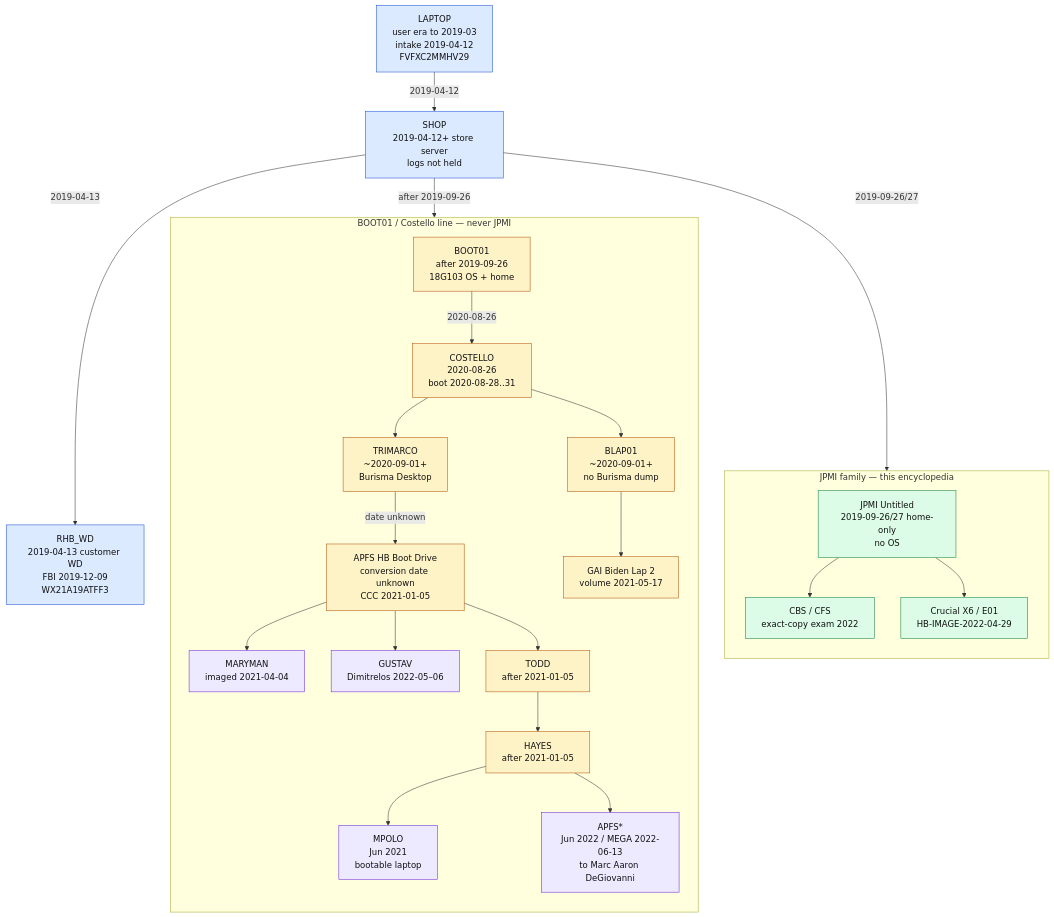
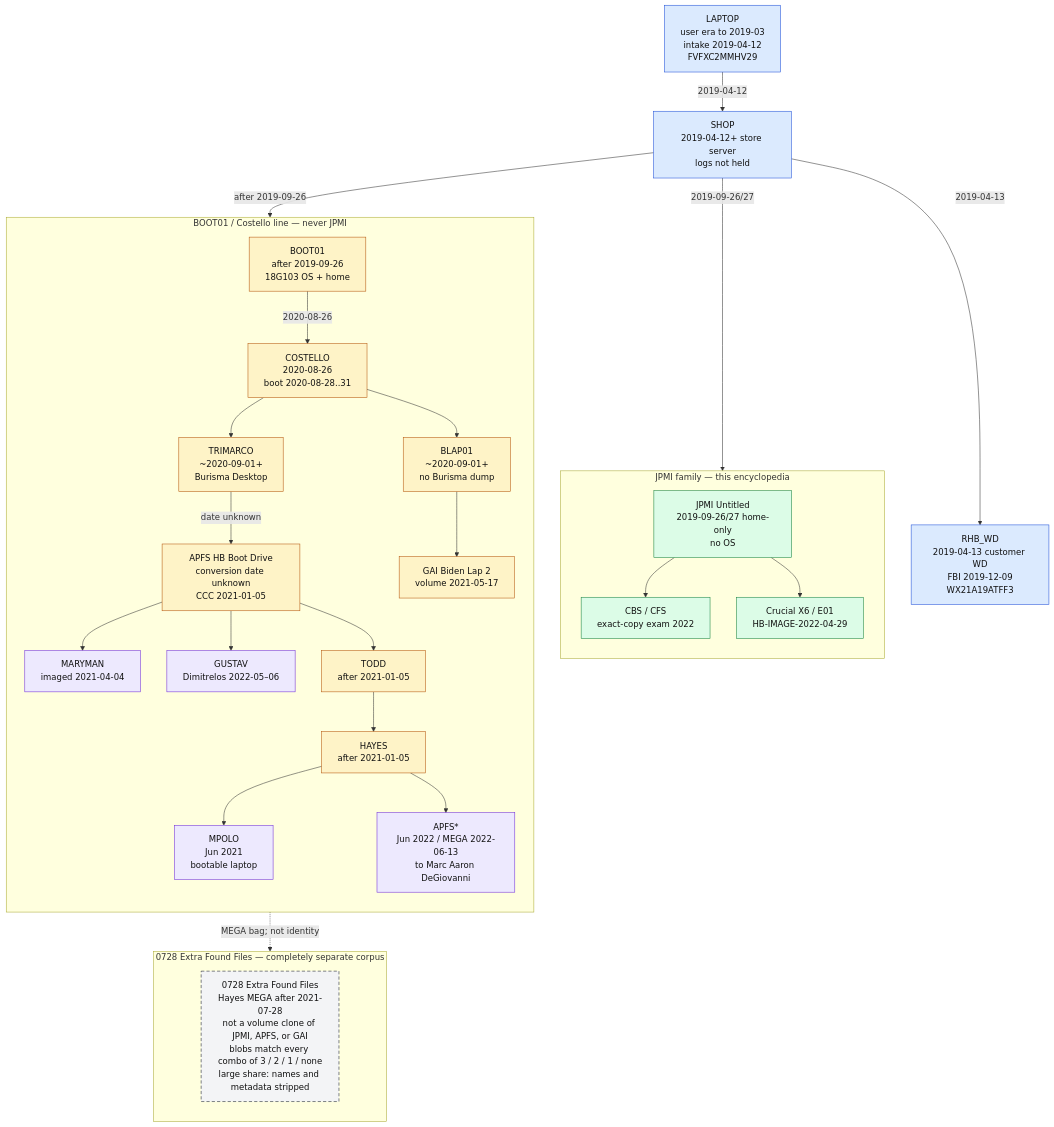
Before and after one commit to 459Crimes/HunterBidenLaptop_JPMI: the first of 2 diagrams in docs/BRANCH_DEVIATIONS.md, drawn with Mermaid. The commit also changed 8 other files, not shown here.

First line of the commit message:
Clarify documentation regarding the 0728 Extra Found Files corpus

````diff
--- a/docs/BRANCH_DEVIATIONS.md
+++ b/docs/BRANCH_DEVIATIONS.md
@@ -30,54 +30,62 @@
 ```mermaid
 %% Canonical named copy graph.
 %% JPMI is not an ancestor of COSTELLO, TRIMARCO, APFS, HAYES, MPOLO, or APFS*.
+%% 0728 is a separate corpus (Hayes MEGA bag), not a clone of JPMI, APFS, or GAI.
 flowchart TB
   classDef shop fill:#dbeafe,stroke:#1d4ed8,color:#111
   classDef jpmi fill:#dcfce7,stroke:#15803d,color:#111
   classDef boot fill:#fef3c7,stroke:#b45309,color:#111
   classDef exam fill:#ede9fe,stroke:#6d28d9,color:#111
+  classDef side fill:#f3f4f6,stroke:#111827,stroke-dasharray: 6 4,color:#111
 
   LAPTOP["LAPTOP<br/>user era to 2019-03<br/>intake 2019-04-12<br/>FVFXC2MMHV29"]:::shop
   SHOP["SHOP<br/>2019-04-12+ store server<br/>logs not held"]:::shop
   RHB_WD["RHB_WD<br/>2019-04-13 customer WD<br/>FBI 2019-12-09<br/>WX21A19ATFF3"]:::shop
 
   subgraph JP["JPMI family — this encyclopedia"]
     direction TB
     JPMI["JPMI Untitled<br/>2019-09-26/27 home-only<br/>no OS"]:::jpmi
     CBS["CBS / CFS<br/>exact-copy exam 2022"]:::jpmi
     X6["Crucial X6 / E01<br/>HB-IMAGE-2022-04-29"]:::jpmi
   end
 
   subgraph BOOT["BOOT01 / Costello line — never JPMI"]
     direction TB
     BOOT01["BOOT01<br/>after 2019-09-26<br/>18G103 OS + home"]:::boot
     COSTELLO["COSTELLO<br/>2020-08-26<br/>boot 2020-08-28..31"]:::boot
     TRIMARCO["TRIMARCO<br/>~2020-09-01+<br/>Burisma Desktop"]:::boot
     BLAP01["BLAP01<br/>~2020-09-01+<br/>no Burisma dump"]:::boot
     APFS["APFS HB Boot Drive<br/>conversion date unknown<br/>CCC 2021-01-05"]:::boot
     GAI["GAI Biden Lap 2<br/>volume 2021-05-17"]:::boot
     MARYMAN["MARYMAN<br/>imaged 2021-04-04"]:::exam
     GUSTAV["GUSTAV<br/>Dimitrelos 2022-05–06"]:::exam
     TODD["TODD<br/>after 2021-01-05"]:::boot
     HAYES["HAYES<br/>after 2021-01-05"]:::boot
     MPOLO["MPOLO<br/>Jun 2021<br/>bootable laptop"]:::exam
     APFSstar["APFS*<br/>Jun 2022 / MEGA 2022-06-13<br/>to Marc Aaron DeGiovanni"]:::exam
   end
 
+  subgraph SIDE["0728 Extra Found Files — completely separate corpus"]
+    direction TB
+    EFF["0728 Extra Found Files<br/>Hayes MEGA after 2021-07-28<br/>not a volume clone of JPMI, APFS, or GAI<br/>blobs match every combo of 3 / 2 / 1 / none<br/>large share: names and metadata stripped"]:::side
+  end
+
   LAPTOP -->|2019-04-12| SHOP
   SHOP -->|2019-04-13| RHB_WD
   SHOP -->|2019-09-26/27| JPMI
   JPMI --> CBS
   JPMI --> X6
   SHOP -->|after 2019-09-26| BOOT01
   BOOT01 -->|2020-08-26| COSTELLO
   COSTELLO --> TRIMARCO
   COSTELLO --> BLAP01
   TRIMARCO -->|date unknown| APFS
   BLAP01 --> GAI
   APFS --> MARYMAN
   APFS --> GUSTAV
   APFS --> TODD
   TODD --> HAYES
   HAYES --> MPOLO
   HAYES --> APFSstar
+  HAYES -.->|MEGA bag; not identity| EFF
 ```
````
